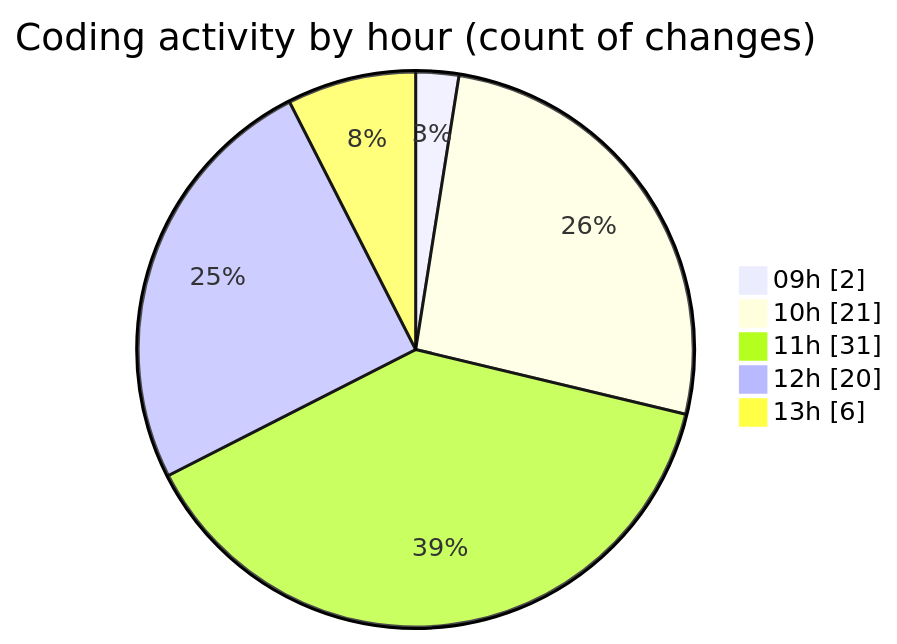
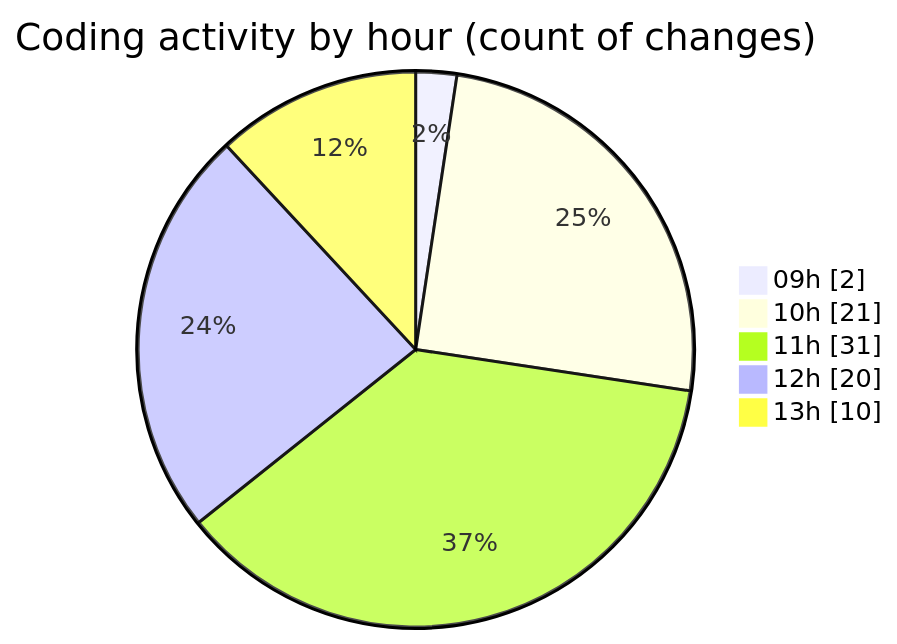
The second of 2 diagrams in 2025-03-27/kml/README.md (LanceThiago/code-tracking), drawn with Mermaid before and after one commit. The commit also changed other lines of this file and 1 other file, not shown here.

````diff
--- a/2025-03-27/kml/README.md
+++ b/2025-03-27/kml/README.md
@@ -40,9 +40,9 @@
 ```mermaid
 pie showData
 title Coding activity by hour (count of changes)
 "09h" : 2
 "10h" : 21
 "11h" : 31
 "12h" : 20
-"13h" : 6
+"13h" : 10
 ```
````
